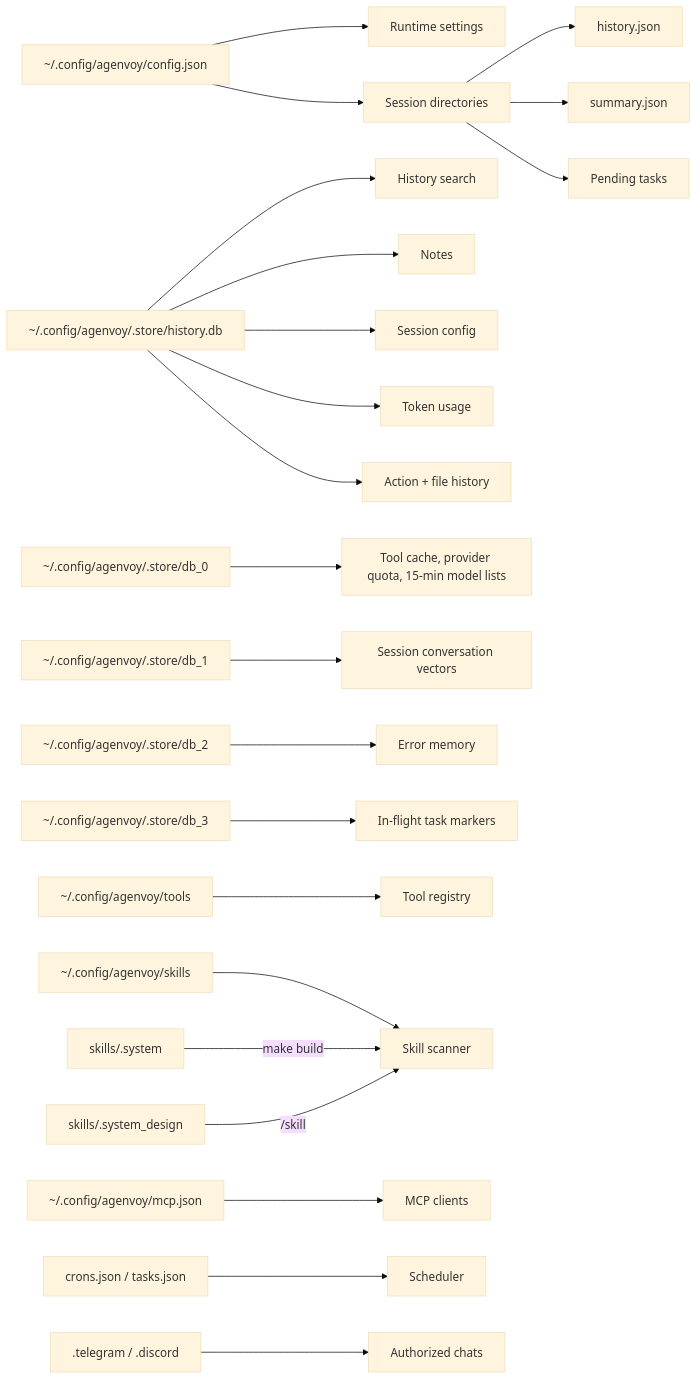
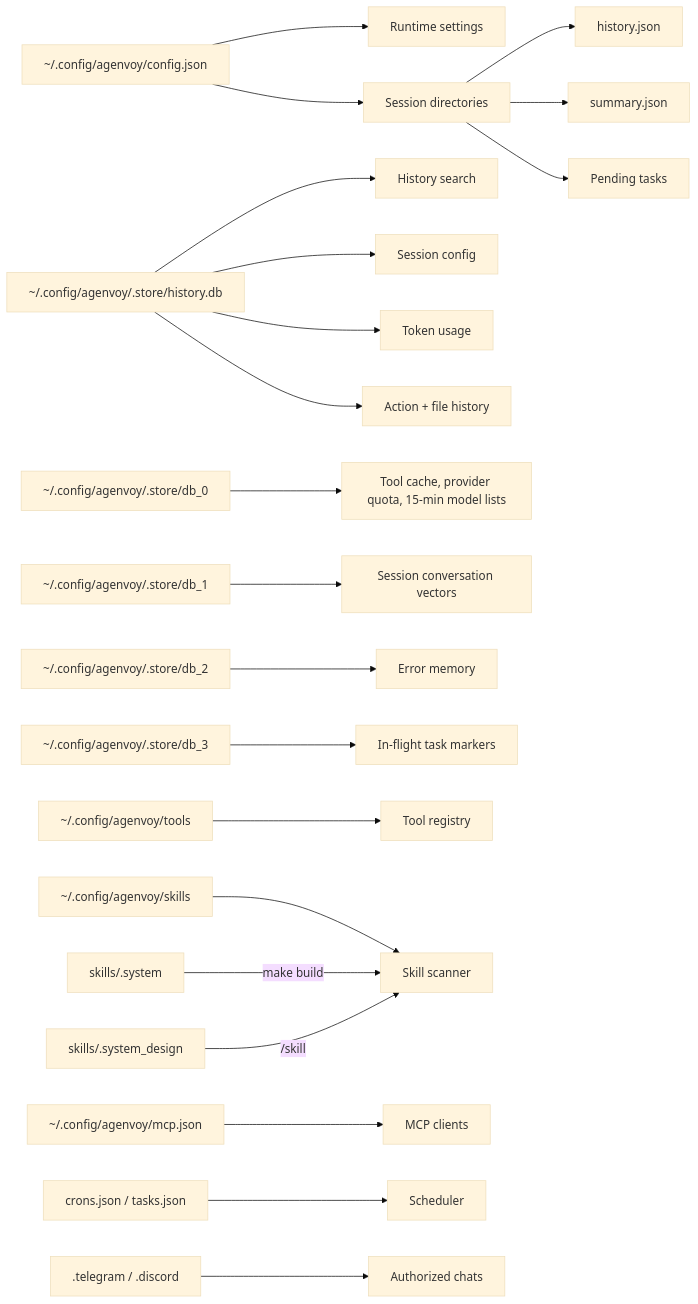
One commit to agenvoy/Agenvoy changed the ninth of 9 diagrams in doc/architecture.md. Above: the diagram before and after it, drawn with Mermaid (base theme). The commit also changed other lines of this file and 5 other files, not shown here.

````diff
--- a/doc/architecture.md
+++ b/doc/architecture.md
@@ -187,24 +190,23 @@
 ```mermaid
 flowchart LR
     Config[~/.config/agenvoy/config.json] --> Runtime[Runtime settings]
     Config --> Sessions[Session directories]
     Sessions --> History[history.json]
     Sessions --> Summary[summary.json]
     Sessions --> Pending[Pending tasks]
     SQLite[~/.config/agenvoy/.store/history.db] --> Search[History search]
-    SQLite --> Note[Notes]
     SQLite --> SessionConfig[Session config]
     SQLite --> Usage[Token usage]
     SQLite --> ActionHistory[Action + file history]
     Torii0[~/.config/agenvoy/.store/db_0] --> ToolCache[Tool cache, provider quota, 15-min model lists]
     Torii1[~/.config/agenvoy/.store/db_1] --> SessionMemory[Session conversation vectors]
     Torii2[~/.config/agenvoy/.store/db_2] --> ErrorMemory[Error memory]
     Torii3[~/.config/agenvoy/.store/db_3] --> Online[In-flight task markers]
     Tools[~/.config/agenvoy/tools] --> Registry[Tool registry]
     Skills[~/.config/agenvoy/skills] --> Scanner[Skill scanner]
     SystemSkills[skills/.system] -->|make build| Scanner
     DesignSkills[skills/.system_design] -->|/skill| Scanner
     MCP[~/.config/agenvoy/mcp.json] --> MCPClient[MCP clients]
     Schedules[crons.json / tasks.json] --> Scheduler[Scheduler]
     Auth[.telegram / .discord] --> Channels[Authorized chats]
 ```
````
